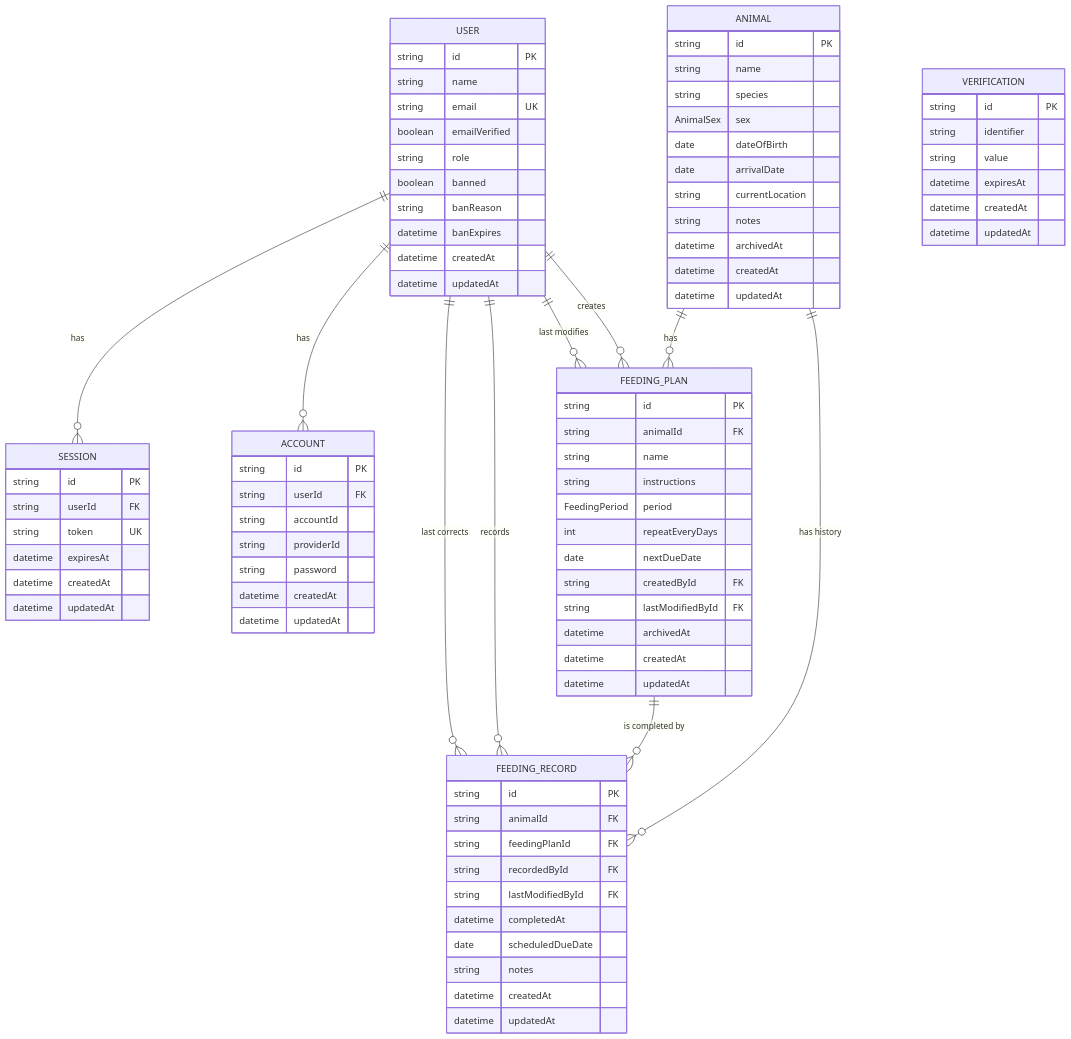
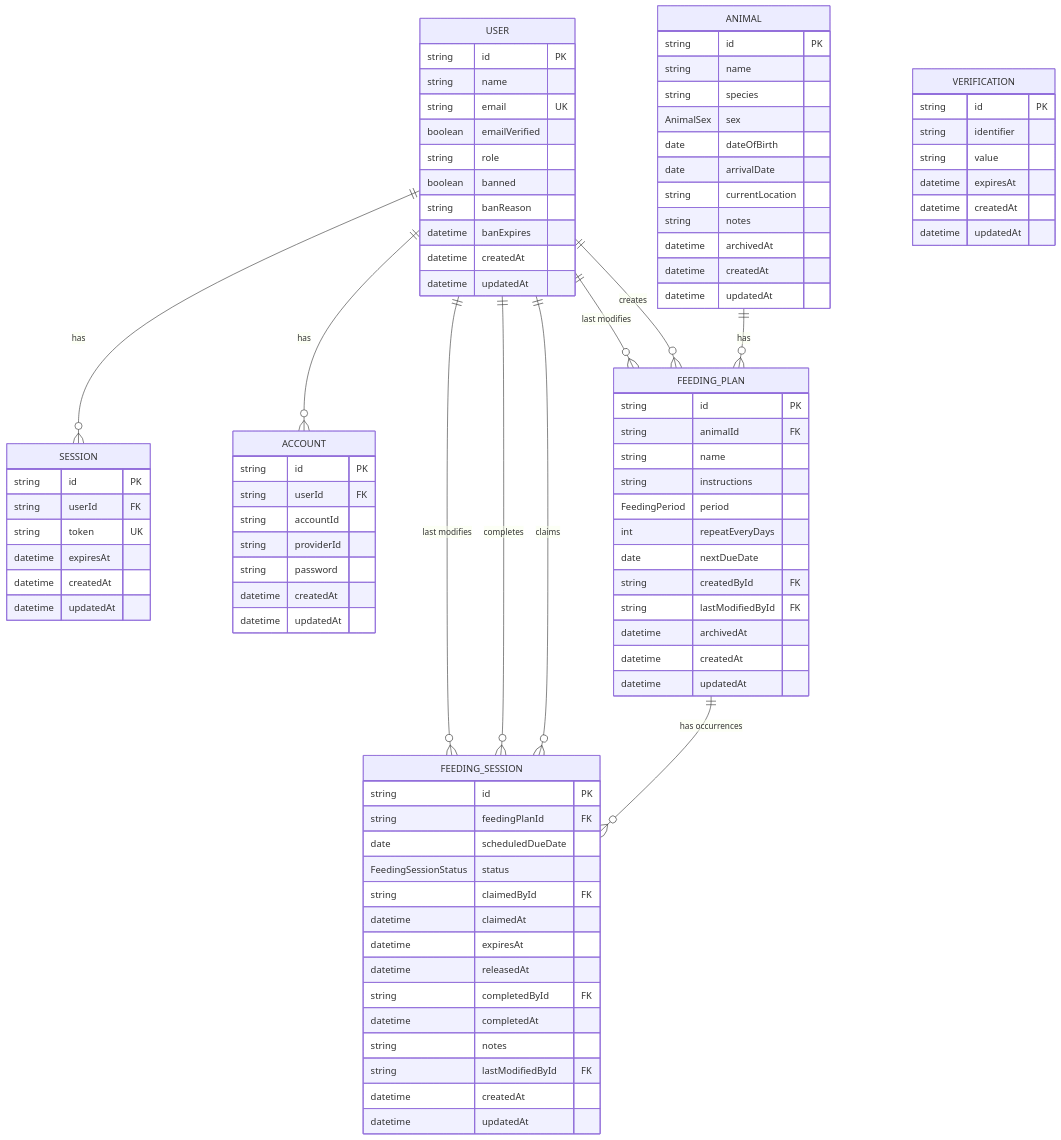
Before and after one commit to Dkazarian/zootracker: the diagram in specs/entity-relationship-model.md, drawn with Mermaid. The commit also changed other lines of this file and 1 other file, not shown here.

Commit message:
docs(feeding-sessions): redefine feeding records and claims

```diff
--- a/specs/entity-relationship-model.md
+++ b/specs/entity-relationship-model.md
@@ -26,10 +26,10 @@
     USER ||--o{ FEEDING_PLAN : "creates"
     USER ||--o{ FEEDING_PLAN : "last modifies"
 
-    ANIMAL ||--o{ FEEDING_RECORD : "has history"
-    FEEDING_PLAN ||--o{ FEEDING_RECORD : "is completed by"
-    USER ||--o{ FEEDING_RECORD : "records"
-    USER ||--o{ FEEDING_RECORD : "last corrects"
+    FEEDING_PLAN ||--o{ FEEDING_SESSION : "has occurrences"
+    USER ||--o{ FEEDING_SESSION : "claims"
+    USER ||--o{ FEEDING_SESSION : "completes"
+    USER ||--o{ FEEDING_SESSION : "last modifies"
 
     USER {
         string id PK
@@ -101,15 +101,19 @@
         datetime updatedAt
     }
 
-    FEEDING_RECORD {
+    FEEDING_SESSION {
         string id PK
-        string animalId FK
         string feedingPlanId FK
-        string recordedById FK
+        date scheduledDueDate
+        FeedingSessionStatus status
+        string claimedById FK
+        datetime claimedAt
+        datetime expiresAt
+        datetime releasedAt
+        string completedById FK
+        datetime completedAt
+        string notes
         string lastModifiedById FK
-        datetime completedAt
-        date scheduledDueDate
-        string notes
         datetime createdAt
         datetime updatedAt
     }
```
